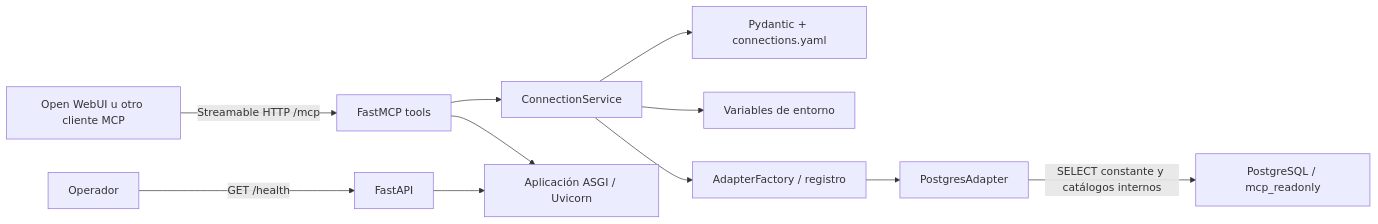
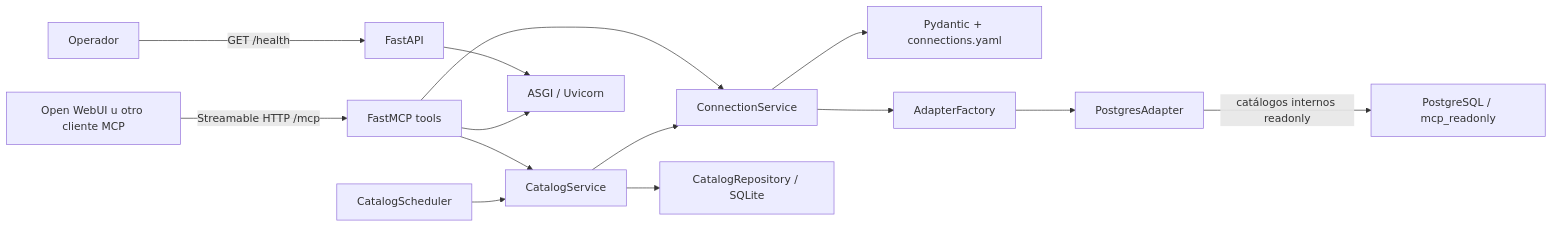
One commit to 1franky/data-analits-MCP changed the first of 2 diagrams in docs/architecture.md. Above: the diagram before and after it, drawn with Mermaid. The commit also changed other lines of this file and 42 other files, not shown here.

````diff
--- a/docs/architecture.md
+++ b/docs/architecture.md
@@ -20,13 +21,16 @@
 ```mermaid
 flowchart LR
     Client["Open WebUI u otro cliente MCP"] -->|"Streamable HTTP /mcp"| Tools["FastMCP tools"]
     Operator["Operador"] -->|"GET /health"| API["FastAPI"]
-    Tools --> Service["ConnectionService"]
-    Service --> Config["Pydantic + connections.yaml"]
-    Service --> Secrets["Variables de entorno"]
-    Service --> Factory["AdapterFactory / registro"]
+    Tools --> CS["ConnectionService"]
+    Tools --> Cat["CatalogService"]
+    Cat --> CS
+    CS --> Config["Pydantic + connections.yaml"]
+    CS --> Factory["AdapterFactory"]
     Factory --> PG["PostgresAdapter"]
-    PG -->|"SELECT constante y catálogos internos"| Lab["PostgreSQL / mcp_readonly"]
-    API --> ASGI["Aplicación ASGI / Uvicorn"]
+    PG -->|"catálogos internos readonly"| DB["PostgreSQL / mcp_readonly"]
+    Cat --> Repo["CatalogRepository / SQLite"]
+    Scheduler["CatalogScheduler"] --> Cat
+    API --> ASGI["ASGI / Uvicorn"]
     Tools --> ASGI
 ```
````
